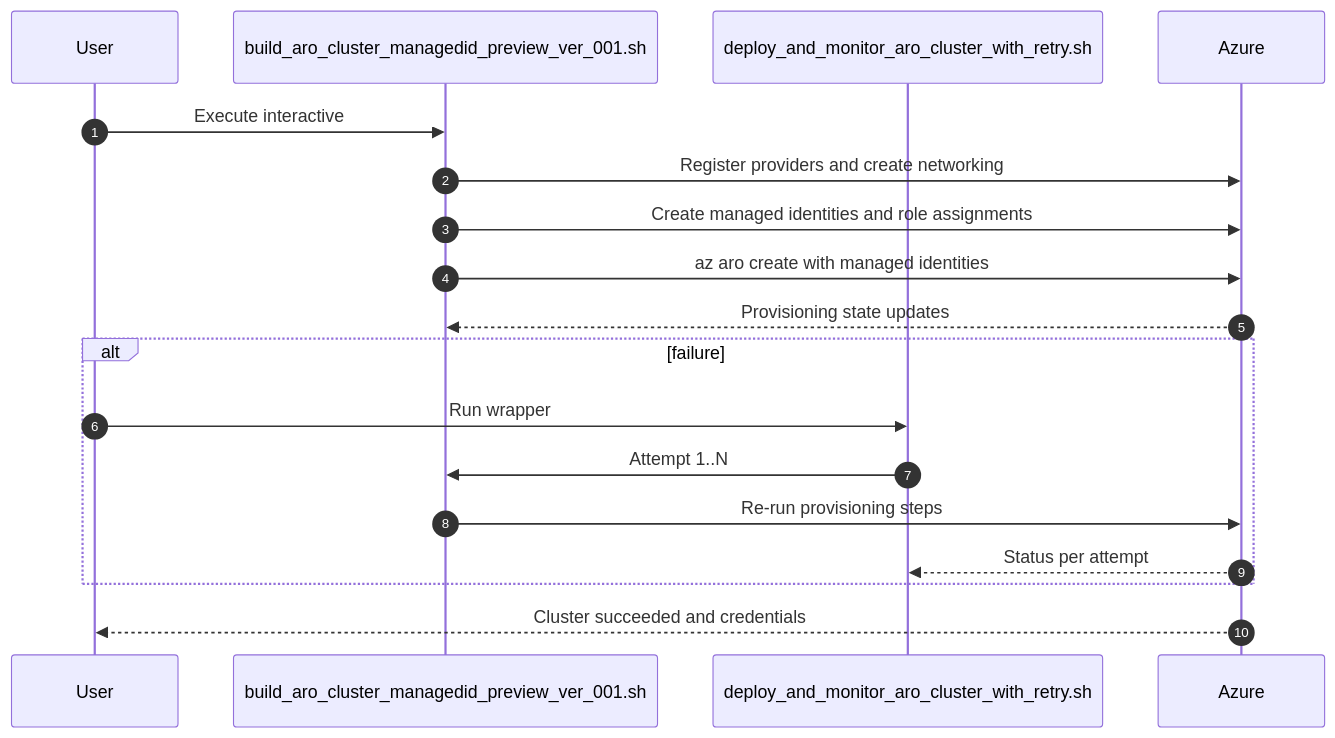
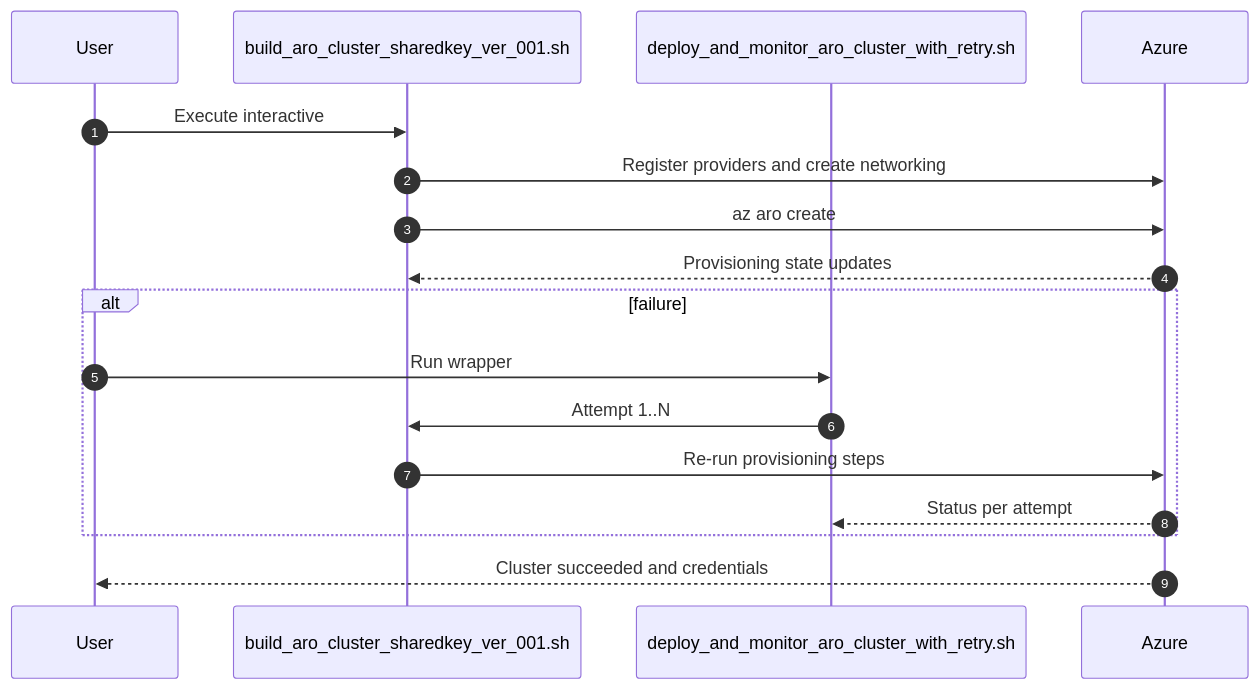
The second of 3 diagrams in Module-01-deploy-aro-cluster-shared-access-key.md (heisthesisko/Azure_RedHat_OpenShift_Virtualization), drawn with Mermaid before and after one commit. The commit also changed other lines of this file, not shown here.

Commit message:
fix: update deployment guide to reflect changes in script names and remove managed identity references

````diff
--- a/Module-01-deploy-aro-cluster-shared-access-key.md
+++ b/Module-01-deploy-aro-cluster-shared-access-key.md
@@ -107,23 +106,22 @@
 ```mermaid
 sequenceDiagram
   autonumber
   participant User
-  participant Build as build_aro_cluster_managedid_preview_ver_001.sh
+  participant Build as build_aro_cluster_sharedkey_ver_001.sh
   participant Retry as deploy_and_monitor_aro_cluster_with_retry.sh
   participant Azure
 
   User->>Build: Execute interactive
   Build->>Azure: Register providers and create networking
-  Build->>Azure: Create managed identities and role assignments
-  Build->>Azure: az aro create with managed identities
+  Build->>Azure: az aro create
   Azure-->>Build: Provisioning state updates
 
   alt failure
     User->>Retry: Run wrapper
     Retry->>Build: Attempt 1..N
     Build->>Azure: Re-run provisioning steps
     Azure-->>Retry: Status per attempt
   end
 
   Azure-->>User: Cluster succeeded and credentials
 ```
````
